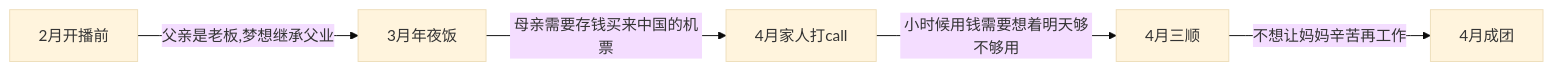
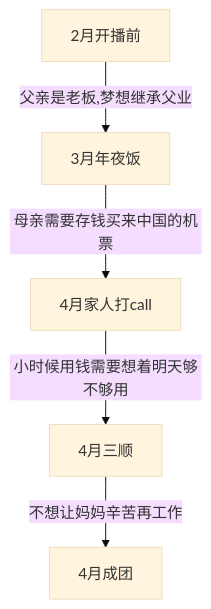
Before and after one commit to Into1-Police/into1-police.github.io: the diagram in _posts/2021-06-30-nine-family-circumstances.md, drawn with Mermaid (base theme). The commit also changed other lines of this file and 43 other files, not shown here.

````diff
--- a/_posts/2021-06-30-nine-family-circumstances.md
+++ b/_posts/2021-06-30-nine-family-circumstances.md
@@ -20,7 +20,7 @@
 ```mermaid
-graph LR;
+graph TD;
     2月开播前-->|父亲是老板,梦想继承父业|3月年夜饭;
     3月年夜饭-->|母亲需要存钱买来中国的机票|4月家人打call;
     4月家人打call-->|小时候用钱需要想着明天够不够用|4月三顺;
     4月三顺-->|不想让妈妈辛苦再工作|4月成团;
 ```
````
